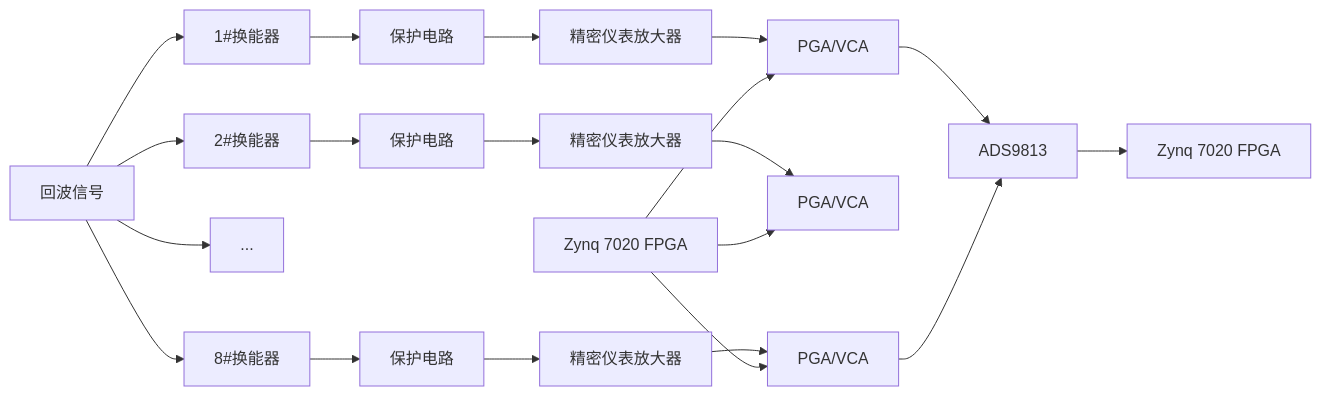
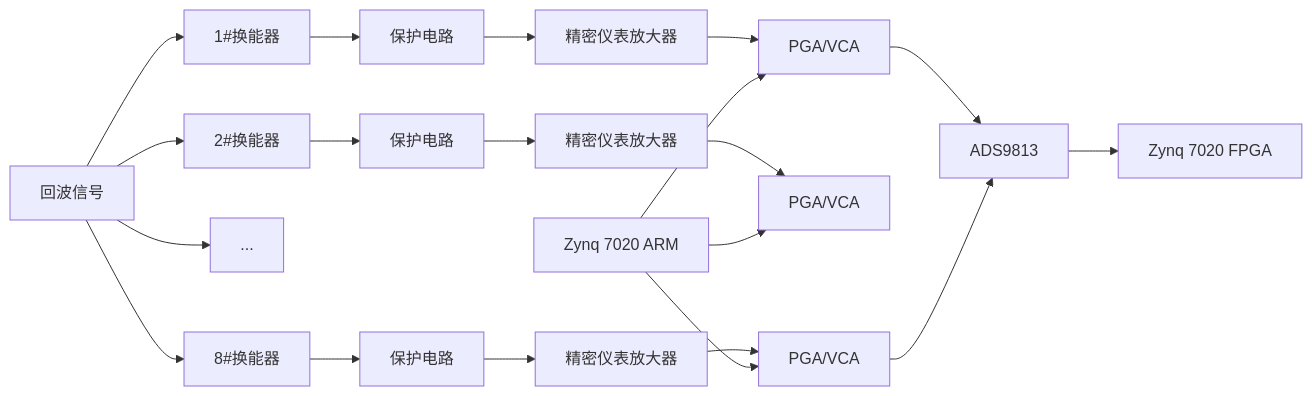
Before and after one commit to Rukawa15/iodraw-files: the diagram in all/多通道同步采集-1.md, drawn with Mermaid.

Commit message:
2025-06-19 14:12:47 update

````diff
--- a/all/多通道同步采集-1.md
+++ b/all/多通道同步采集-1.md
@@ -1,24 +1,24 @@
 ```mermaid
 graph LR
 A[回波信号]
 A --> B1[1#换能器]
 A --> B2[2#换能器]
 A --> ...
 A --> B8[8#换能器]
 B1 --> C1[保护电路]
 B2 --> C2[保护电路]
 B8 --> C8[保护电路]
 
 C1 --> D1[精密仪表放大器]
 C2 --> D2[精密仪表放大器] 
 C8 --> D8[精密仪表放大器] 
 D1 --> E1[PGA/VCA]
 D2 --> E2[PGA/VCA] 
 D8 --> E8[PGA/VCA] 
 E1 --> F[ADS9813]
 E8 --> F[ADS9813] 
 F --> G[Zynq 7020 FPGA]
 H[Zynq 7020 ARM] --> E1
 H[Zynq 7020 ARM] --> E2
-H[Zynq 7020 FPGA] --> E8
+H[Zynq 7020 ARM] --> E8
 ```
````
